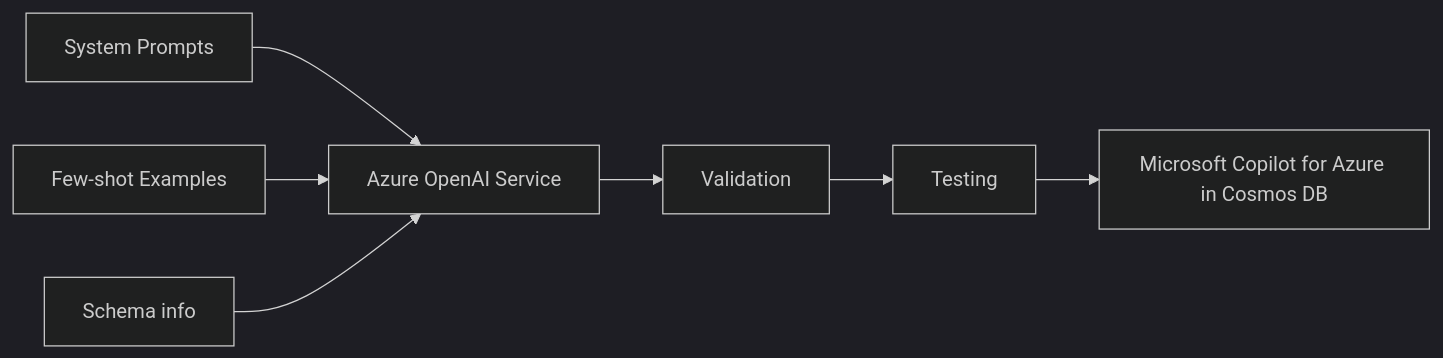
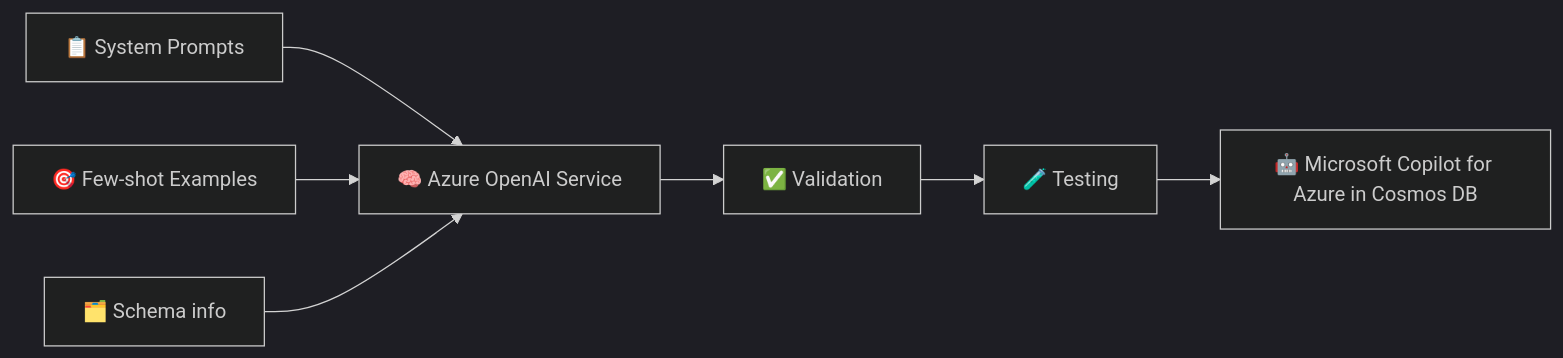
The first of 5 diagrams in Azure Cosmos DB Copilot.md (AaronCWacker/AzureModels4AI), drawn with Mermaid (dark theme) before and after one commit. The commit also changed other lines of this file, not shown here.

Commit message:
Update Azure Cosmos DB Copilot.md

````diff
--- a/Azure Cosmos DB Copilot.md
+++ b/Azure Cosmos DB Copilot.md
@@ -5,9 +4,9 @@
 ```mermaid
 graph LR
-    A[System Prompts] --> D[Azure OpenAI Service]
-    B[Few-shot Examples] --> D
-    C[Schema info] --> D
-    D --> E[Validation]
-    E --> F[Testing]
-    F --> G[Microsoft Copilot for Azure in Cosmos DB]
+    A[📋 System Prompts] --> D[🧠 Azure OpenAI Service]
+    B[🎯 Few-shot Examples] --> D
+    C[🗂️ Schema info] --> D
+    D --> E[✅ Validation]
+    E --> F[🧪 Testing]
+    F --> G[🤖 Microsoft Copilot for Azure in Cosmos DB]
 ```
````
